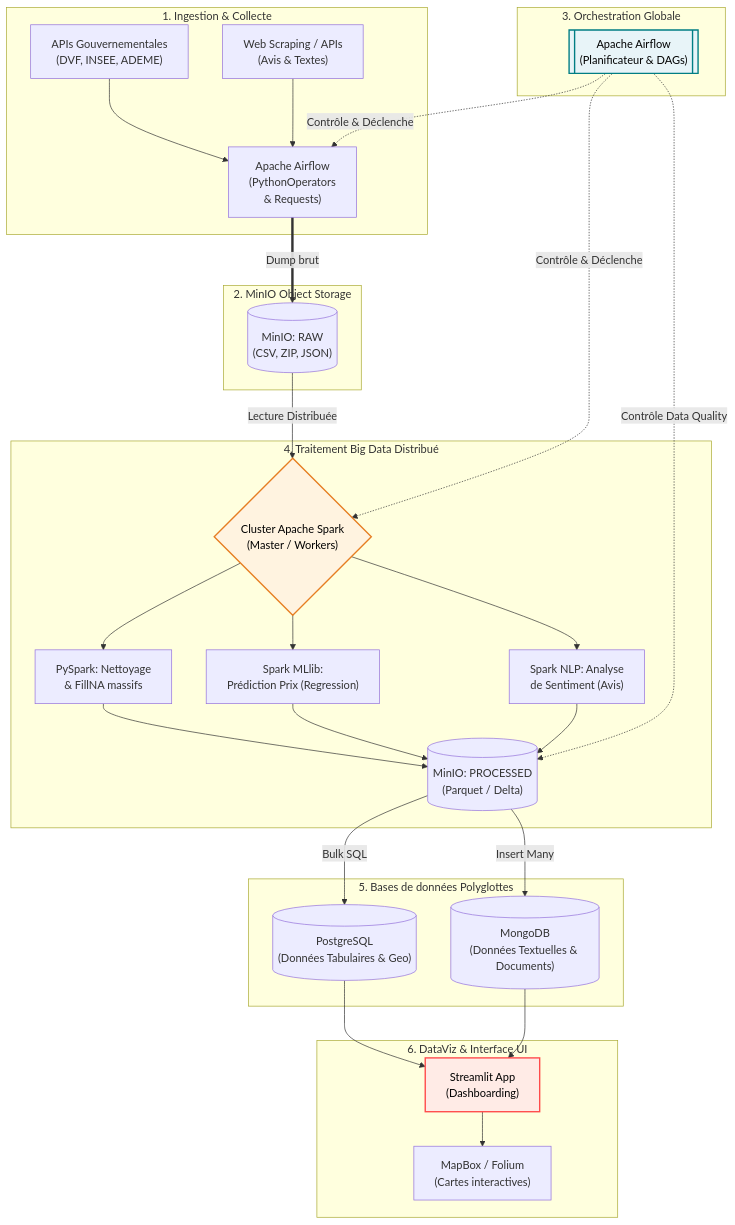
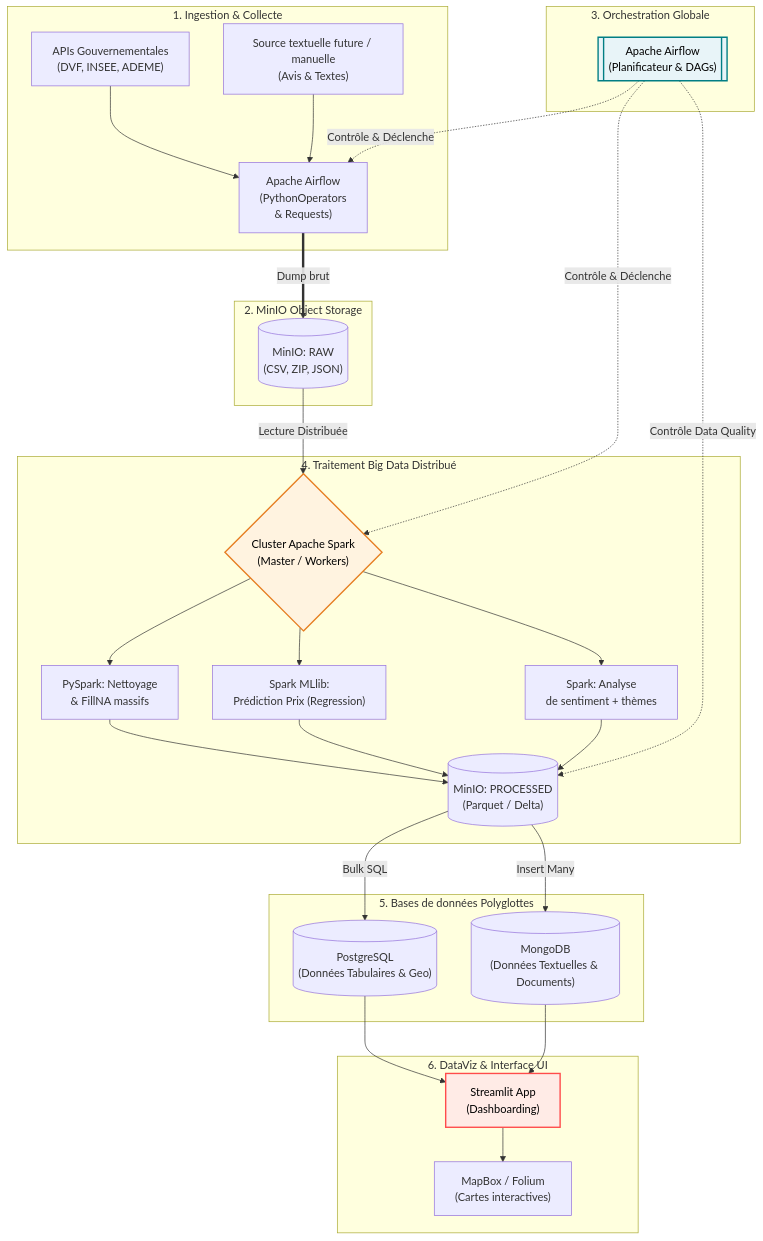
The first of 3 diagrams in CASAPEDIA_DOC.md (Honkpehedji-Stanley/Casapedia), drawn with Mermaid before and after one commit. The commit also changed other lines of this file and 10 other files, not shown here.

````diff
--- a/CASAPEDIA_DOC.md
+++ b/CASAPEDIA_DOC.md
@@ -20,59 +20,59 @@
 ```mermaid
 flowchart TD
     subgraph S1[1. Ingestion & Collecte]
         A["Apache Airflow \n(PythonOperators \n& Requests)"]
         B["APIs Gouvernementales \n(DVF, INSEE, ADEME)"]
-        C["Web Scraping / APIs\n(Avis & Textes)"]
+        C["Source textuelle future / manuelle\n(Avis & Textes)"]
         B --> A
         C --> A
     end
 
     subgraph S2[2. MinIO Object Storage]
         DL_RAW[("MinIO: RAW\n(CSV, ZIP, JSON)")]
         A == "Dump brut" ==> DL_RAW
     end
 
     subgraph S3[3. Orchestration Globale]
         AF[["Apache Airflow\n(Planificateur & DAGs)"]]
     end
 
     subgraph S4[4. Traitement Big Data Distribué]
         SP_M{"Cluster Apache Spark\n(Master / Workers)"}
         P1["PySpark: Nettoyage\n& FillNA massifs"]
         P2["Spark MLlib: \nPrédiction Prix (Regression)"]
-        P3["Spark NLP: Analyse\nde Sentiment (Avis)"]
+        P3["Spark: Analyse\nde sentiment + thèmes"]
         DL_PRO[("MinIO: PROCESSED\n(Parquet / Delta)")]
         
         DL_RAW -->|Lecture Distribuée| SP_M
         SP_M --> P1
         SP_M --> P2
         SP_M --> P3
         P1 --> DL_PRO
         P2 --> DL_PRO
         P3 --> DL_PRO
     end
 
     subgraph S5[5. Bases de données Polyglottes]
         PG[("PostgreSQL\n(Données Tabulaires & Geo)")]
         MG[("MongoDB\n(Données Textuelles & Documents)")]
         DL_PRO -->|Bulk SQL| PG
         DL_PRO -->|Insert Many| MG
     end
 
     subgraph S6[6. DataViz & Interface UI]
         ST["Streamlit App\n(Dashboarding)"]
         MB["MapBox / Folium\n(Cartes interactives)"]
         PG --> ST
         MG --> ST
         ST --> MB
     end
 
     %% Les liens de contrôle d'Airflow (en pointillés rouges)
     AF -. "Contrôle & Déclenche" .-> A
     AF -. "Contrôle & Déclenche" .-> SP_M
     AF -. "Contrôle Data Quality" .-> DL_PRO
     
     style AF fill:#e8f4f8,stroke:#017e84,stroke-width:2px,color:#000
     style SP_M fill:#fff3e0,stroke:#e67e22,stroke-width:2px,color:#000
     style ST fill:#ffebe6,stroke:#ff4b4b,stroke-width:2px,color:#000
 ```
````
